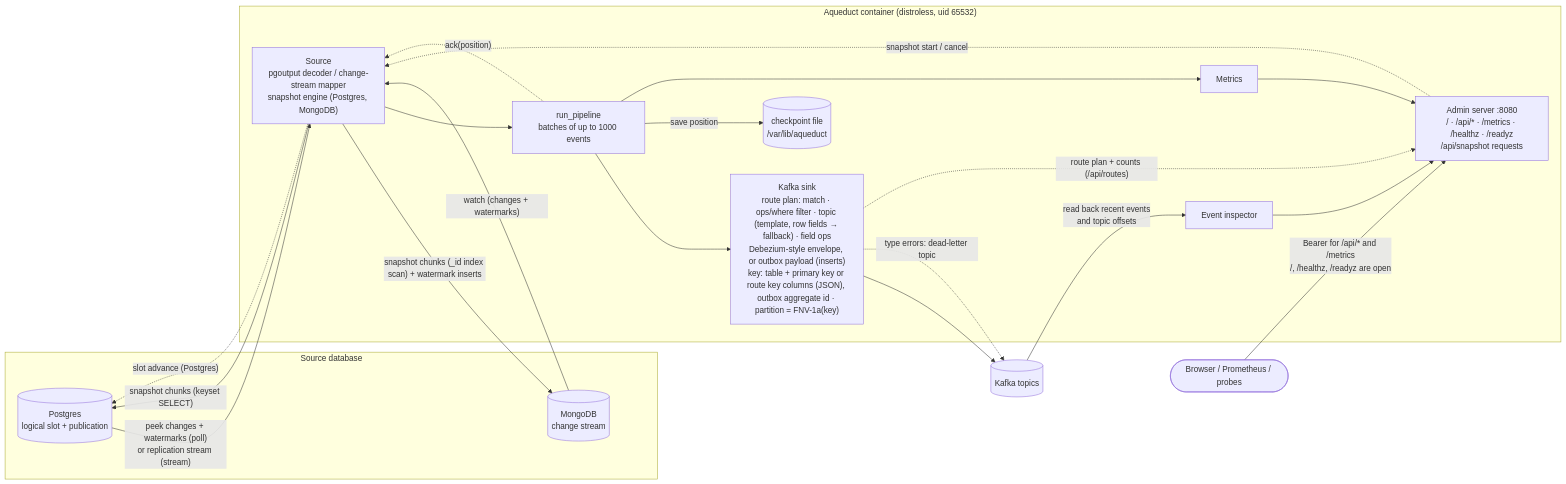
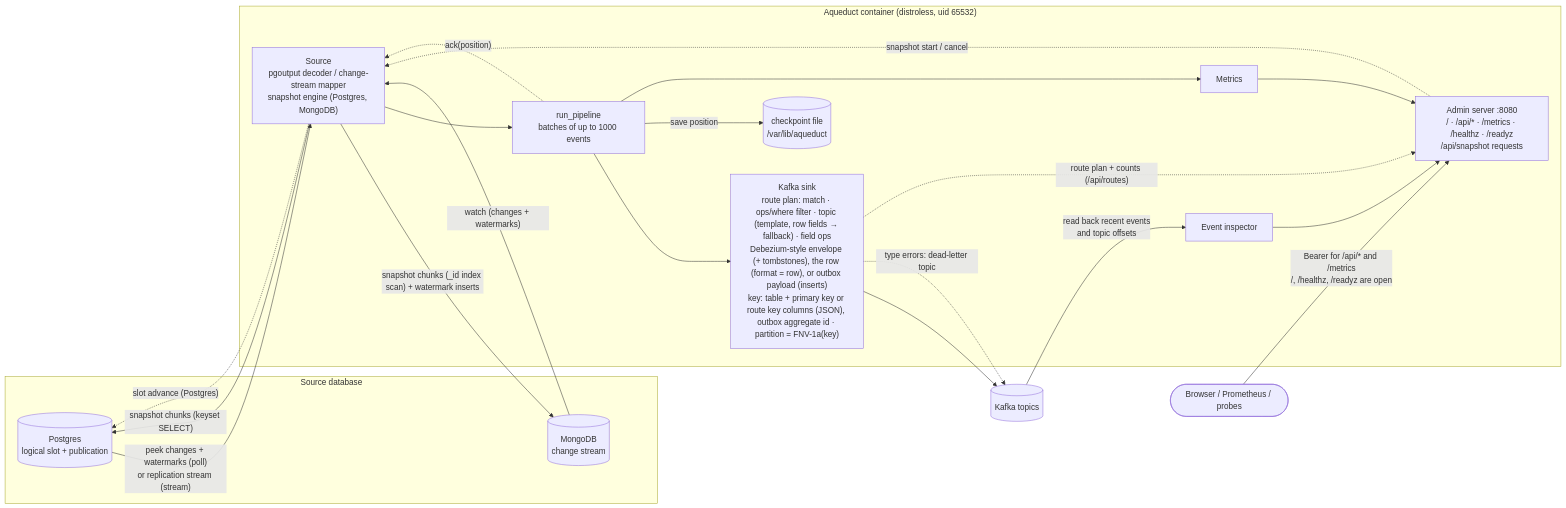
One commit to yarncraft/aqueduct changed the first of 3 diagrams in README.md. Above: the diagram before and after it, drawn with Mermaid. The commit also changed other lines of this file and 23 other files, not shown here.

First line of the commit message:
feat(routing): reshape event output with row format, delete modes and tombstones (#85) (#158)

````diff
--- a/README.md
+++ b/README.md
@@ -18,35 +18,35 @@
 ```mermaid
 flowchart LR
     subgraph db["Source database"]
         PG[("Postgres<br/>logical slot + publication")]
         MG[("MongoDB<br/>change stream")]
     end
 
     subgraph aq["Aqueduct container (distroless, uid 65532)"]
         SRC["Source<br/>pgoutput decoder / change-stream mapper<br/>snapshot engine (Postgres, MongoDB)"]
         PIPE["run_pipeline<br/>batches of up to 1000 events"]
-        SINK["Kafka sink<br/>route plan: match · ops/where filter · topic (template, row fields → fallback) · field ops<br/>Debezium-style envelope, or outbox payload (inserts)<br/>key: table + primary key or route key columns (JSON), outbox aggregate id · partition = FNV-1a(key)"]
+        SINK["Kafka sink<br/>route plan: match · ops/where filter · topic (template, row fields → fallback) · field ops<br/>Debezium-style envelope (+ tombstones), the row (format = row), or outbox payload (inserts)<br/>key: table + primary key or route key columns (JSON), outbox aggregate id · partition = FNV-1a(key)"]
         CK[("checkpoint file<br/>/var/lib/aqueduct")]
         MET["Metrics"]
         ADM["Admin server :8080<br/>/ · /api/* · /metrics · /healthz · /readyz<br/>/api/snapshot requests"]
         INS["Event inspector"]
     end
 
     K[("Kafka topics")]
     U(["Browser / Prometheus / probes"])
 
     PG -- "peek changes + watermarks (poll)<br/>or replication stream (stream)" --> SRC
     SRC -- "snapshot chunks (keyset SELECT)" --> PG
     MG -- "watch (changes + watermarks)" --> SRC
     SRC -- "snapshot chunks (_id index scan) + watermark inserts" --> MG
     SRC --> PIPE --> SINK --> K
     SINK -. "type errors: dead-letter topic" .-> K
     SINK -. "route plan + counts (/api/routes)" .-> ADM
     PIPE -- "save position" --> CK
     PIPE -. "ack(position)" .-> SRC
     SRC -. "slot advance (Postgres)" .-> PG
     PIPE --> MET --> ADM
     ADM -. "snapshot start / cancel" .-> SRC
     K -- "read back recent events<br/>and topic offsets" --> INS --> ADM
     U -- "Bearer for /api/* and /metrics<br/>/, /healthz, /readyz are open" --> ADM
 ```
````
